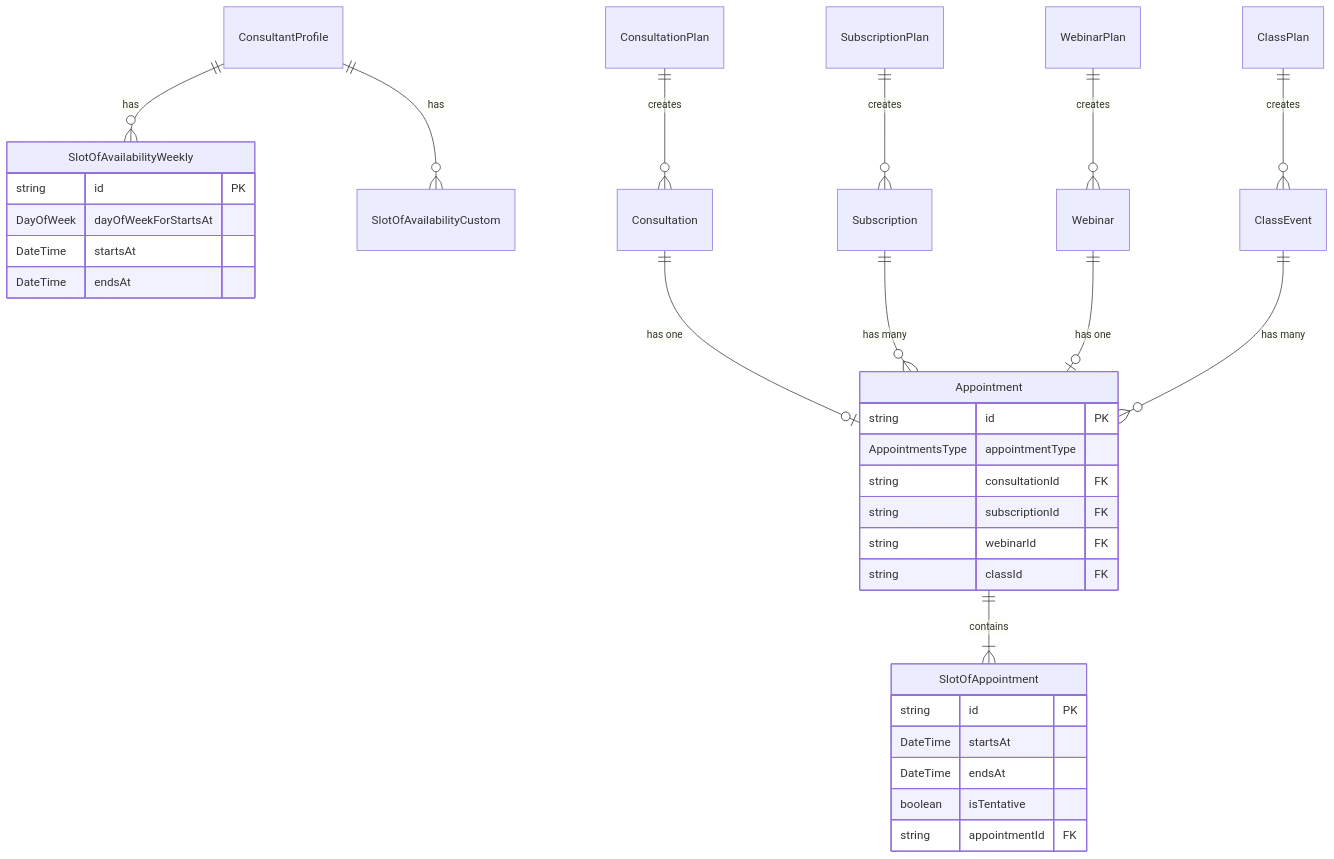
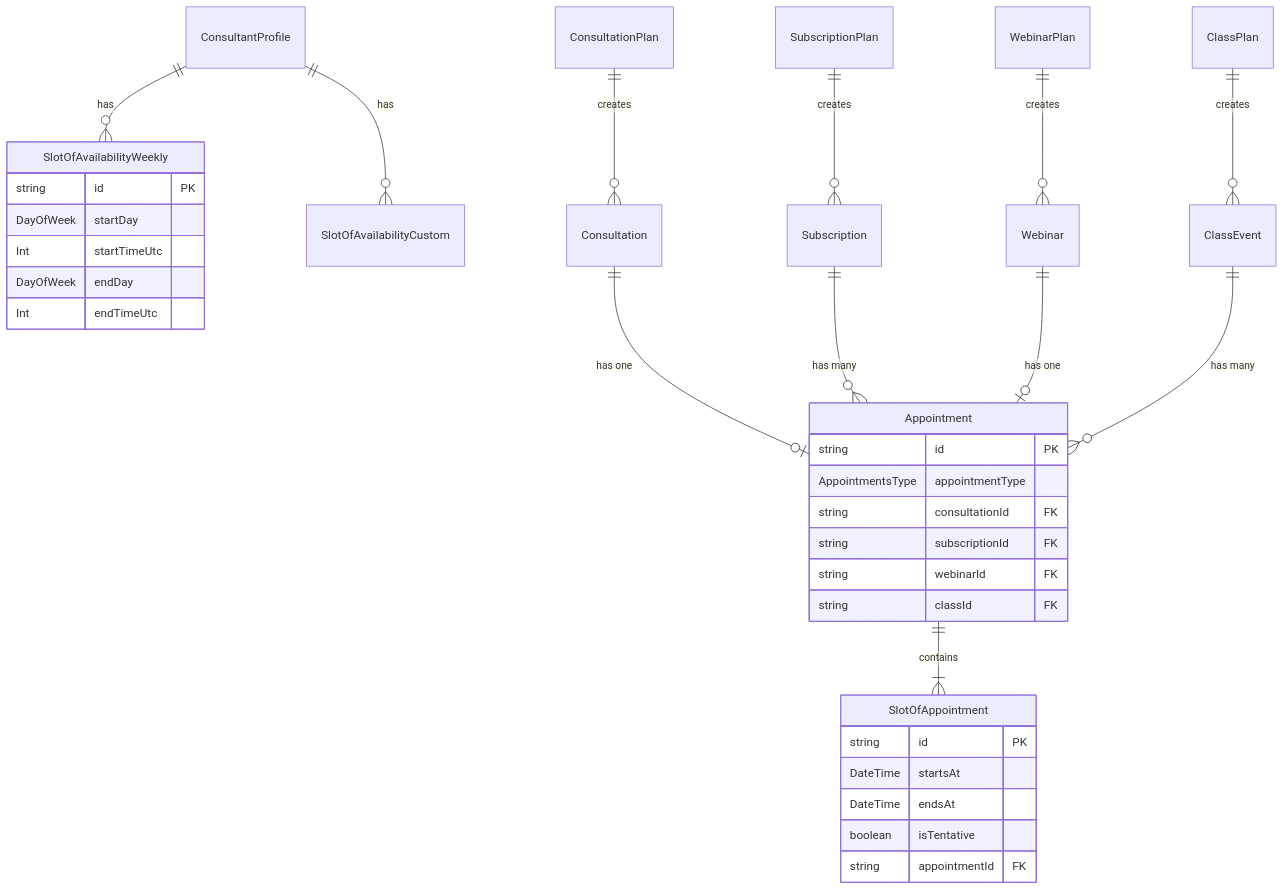
The third of 6 diagrams in docs/booking/01-architecture.md (Practitionist/familiarise_web), drawn with Mermaid before and after one commit. The commit also changed other lines of this file and 7 other files, not shown here.

````diff
--- a/docs/booking/01-architecture.md
+++ b/docs/booking/01-architecture.md
@@ -173,41 +173,42 @@
 ```mermaid
 erDiagram
     ConsultantProfile ||--o{ SlotOfAvailabilityWeekly : has
     ConsultantProfile ||--o{ SlotOfAvailabilityCustom : has
 
     ConsultationPlan ||--o{ Consultation : creates
     SubscriptionPlan ||--o{ Subscription : creates
     WebinarPlan ||--o{ Webinar : creates
     ClassPlan ||--o{ ClassEvent : creates
 
     Consultation ||--o| Appointment : "has one"
     Subscription ||--o{ Appointment : "has many"
     Webinar ||--o| Appointment : "has one"
     ClassEvent ||--o{ Appointment : "has many"
 
     Appointment ||--|{ SlotOfAppointment : contains
 
     SlotOfAvailabilityWeekly {
         string id PK
-        DayOfWeek dayOfWeekForStartsAt
-        DateTime startsAt
-        DateTime endsAt
+        DayOfWeek startDay
+        Int startTimeUtc
+        DayOfWeek endDay
+        Int endTimeUtc
     }
 
     Appointment {
         string id PK
         AppointmentsType appointmentType
         string consultationId FK
         string subscriptionId FK
         string webinarId FK
         string classId FK
     }
 
     SlotOfAppointment {
         string id PK
         DateTime startsAt
         DateTime endsAt
         boolean isTentative
         string appointmentId FK
     }
 ```
````
